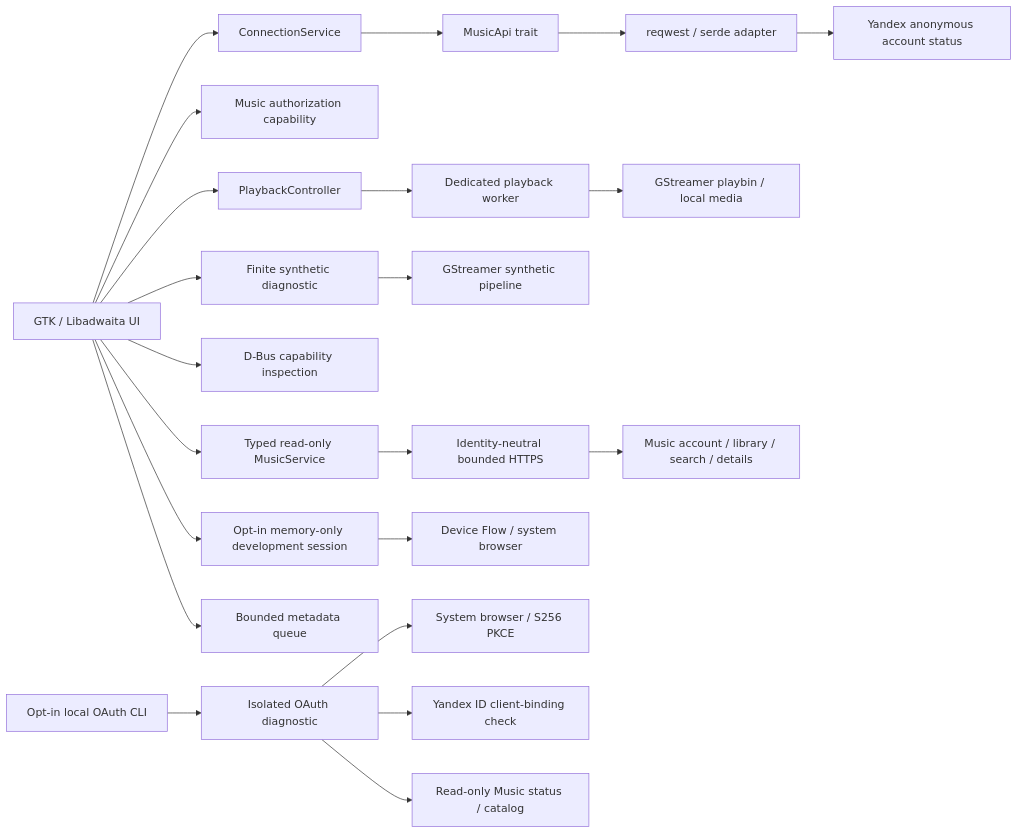
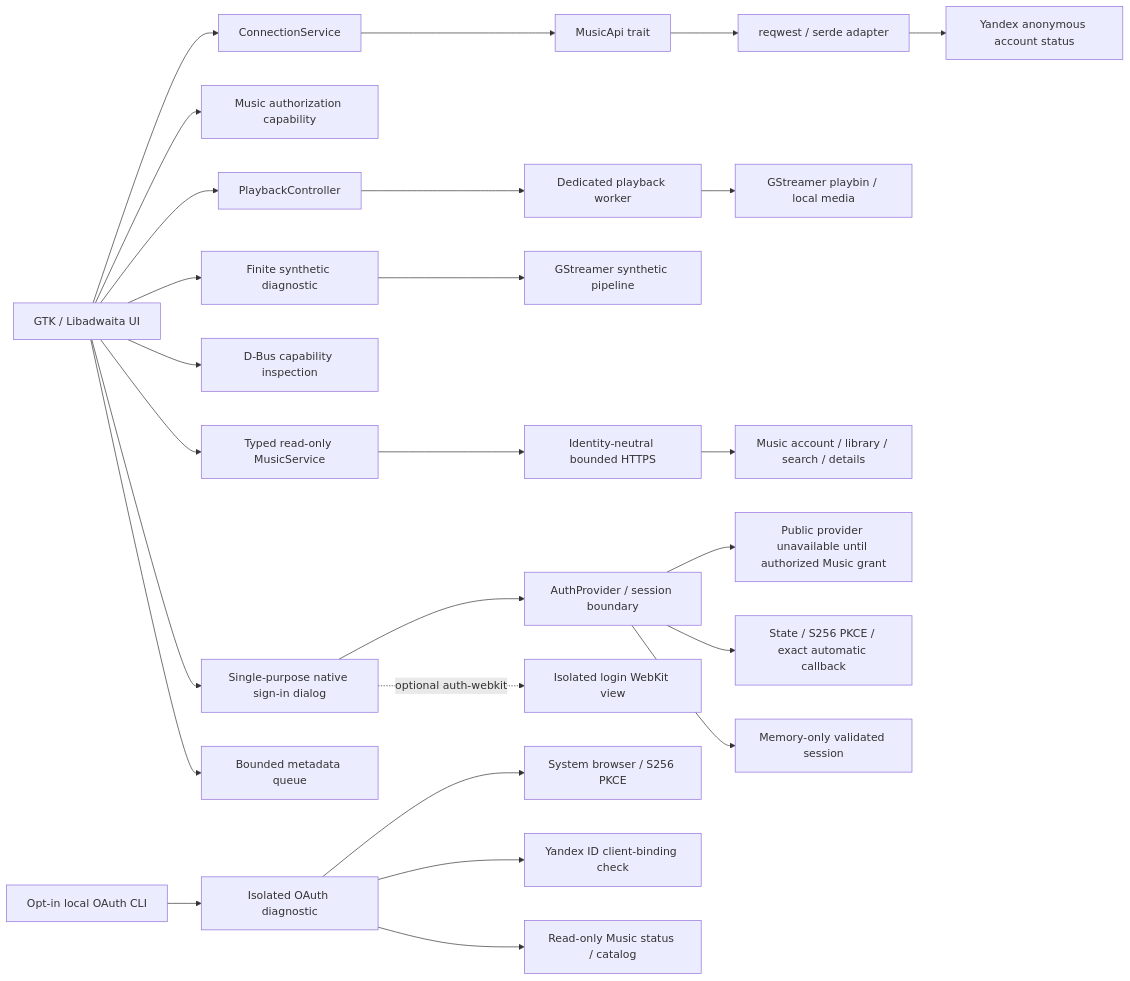
Before and after one commit to tracerxbrhd/karin: the diagram in docs/ARCHITECTURE.md, drawn with Mermaid. The commit also changed other lines of this file and 20 other files, not shown here.

Commit message:
Document Cassette auth contract and native sign-in validation

````diff
--- a/docs/ARCHITECTURE.md
+++ b/docs/ARCHITECTURE.md
@@ -8,24 +8,28 @@
 ```mermaid
 flowchart LR
   UI[GTK / Libadwaita UI] --> Service[ConnectionService]
   Service --> Boundary[MusicApi trait]
   Boundary --> API[reqwest / serde adapter]
   API --> Remote[Yandex anonymous account status]
   UI --> Capability[Music authorization capability]
   UI --> Player[PlaybackController]
   Player --> Worker[Dedicated playback worker]
   Worker --> Playbin[GStreamer playbin / local media]
   UI --> Audio[Finite synthetic diagnostic]
   Audio --> GST[GStreamer synthetic pipeline]
   UI --> Platform[D-Bus capability inspection]
   UI --> MusicService[Typed read-only MusicService]
   MusicService --> MusicHTTP[Identity-neutral bounded HTTPS]
   MusicHTTP --> MusicREST[Music account / library / search / details]
-  UI --> Session[Opt-in memory-only development session]
-  Session --> Device[Device Flow / system browser]
+  UI --> Login[Single-purpose native sign-in dialog]
+  Login --> Auth[AuthProvider / session boundary]
+  Auth --> Gate[Public provider unavailable until authorized Music grant]
+  Auth --> Callback[State / S256 PKCE / exact automatic callback]
+  Login -. optional auth-webkit .-> WebKit[Isolated login WebKit view]
+  Auth --> Session[Memory-only validated session]
   UI --> Queue[Bounded metadata queue]
   CLI[Opt-in local OAuth CLI] --> OAuth[Isolated OAuth diagnostic]
   OAuth --> Browser[System browser / S256 PKCE]
   OAuth --> ID[Yandex ID client-binding check]
   OAuth --> Music[Read-only Music status / catalog]
 ```
````
